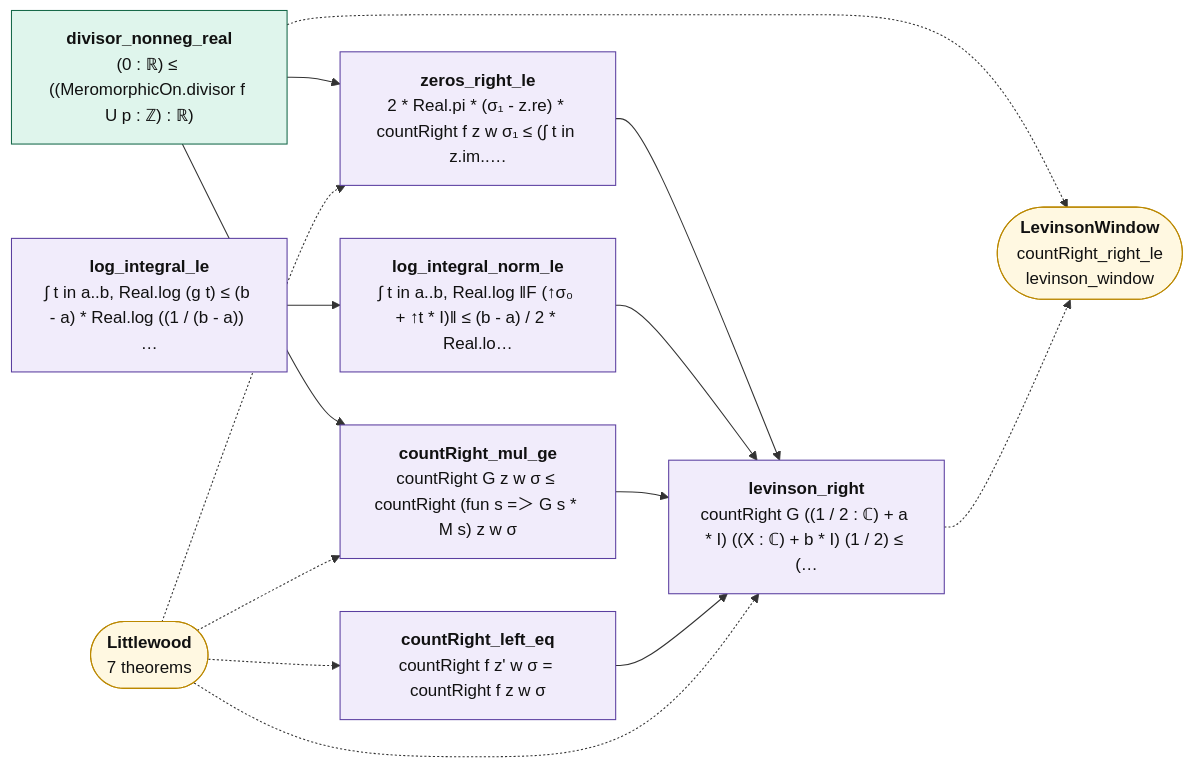
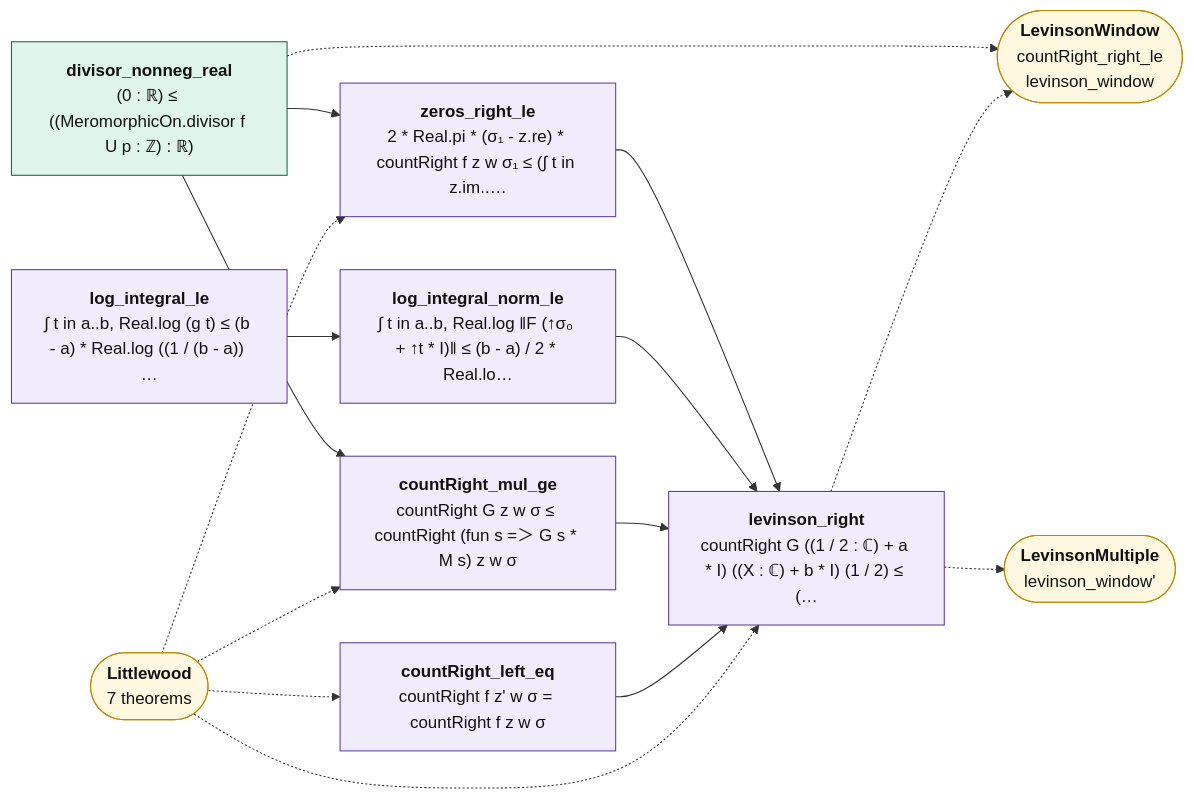
One commit to juliansambranojr/Primebeat_081426 changed the diagram in map/lean_stage3/LevinsonRight.md. Above: the diagram before and after it, drawn with Mermaid. The commit also changed other lines of this file and 39 other files, not shown here.

````diff
--- a/map/lean_stage3/LevinsonRight.md
+++ b/map/lean_stage3/LevinsonRight.md
@@ -14,33 +14,35 @@
 ```mermaid
 flowchart LR
   n0["<b>divisor_nonneg_real</b><br/>(0 : ℝ) ≤ ((MeromorphicOn.divisor f U p : ℤ) : ℝ)"]:::cnt
   n1["<b>zeros_right_le</b><br/>2 * Real.pi * (σ₁ - z.re) * countRight f z w σ₁ ≤ (∫ t in z.im..…"]:::shp
   n2["<b>log_integral_le</b><br/>∫ t in a..b, Real.log (g t) ≤ (b - a) * Real.log ((1 / (b - a)) …"]:::shp
   n3["<b>log_integral_norm_le</b><br/>∫ t in a..b, Real.log ‖F (↑σ₀ + ↑t * I)‖ ≤ (b - a) / 2 * Real.lo…"]:::shp
   n4["<b>countRight_mul_ge</b><br/>countRight G z w σ ≤ countRight (fun s =＞ G s * M s) z w σ"]:::shp
   n5["<b>countRight_left_eq</b><br/>countRight f z' w σ = countRight f z w σ"]:::shp
   n6["<b>levinson_right</b><br/>countRight G ((1 / 2 : ℂ) + a * I) ((X : ℂ) + b * I) (1 / 2) ≤ (…"]:::shp
   x0(["<b>LevinsonWindow</b><br/>countRight_right_le<br/>levinson_window"]):::ext
   x1(["<b>Littlewood</b><br/>7 theorems"]):::ext
+  x2(["<b>LevinsonMultiple</b><br/>levinson_window'"]):::ext
   n0 --> n1
   n0 --> n4
   n1 --> n6
   n2 --> n3
   n3 --> n6
   n4 --> n6
   n5 --> n6
   n0 -.-> x0
   n6 -.-> x0
+  n6 -.-> x2
   x1 -.-> n1
   x1 -.-> n4
   x1 -.-> n5
   x1 -.-> n6
   classDef cnt fill:#dff5ec,stroke:#17694a,color:#111
   classDef shp fill:#f1ecfb,stroke:#5b3fa0,color:#111
   classDef rh fill:#ffe5e5,stroke:#c22,color:#111,stroke-width:2px
   classDef thm fill:#eef4ff,stroke:#335,color:#111
   classDef end_ fill:#e7f7e7,stroke:#2a7,color:#111,stroke-width:2px
   classDef lone fill:#fff,stroke:#999,color:#111,stroke-dasharray:4 3
   classDef bad fill:#ffe5e5,stroke:#c22,color:#111,stroke-width:2px
   classDef ext fill:#fff8e1,stroke:#b80,color:#111
 ```
````
